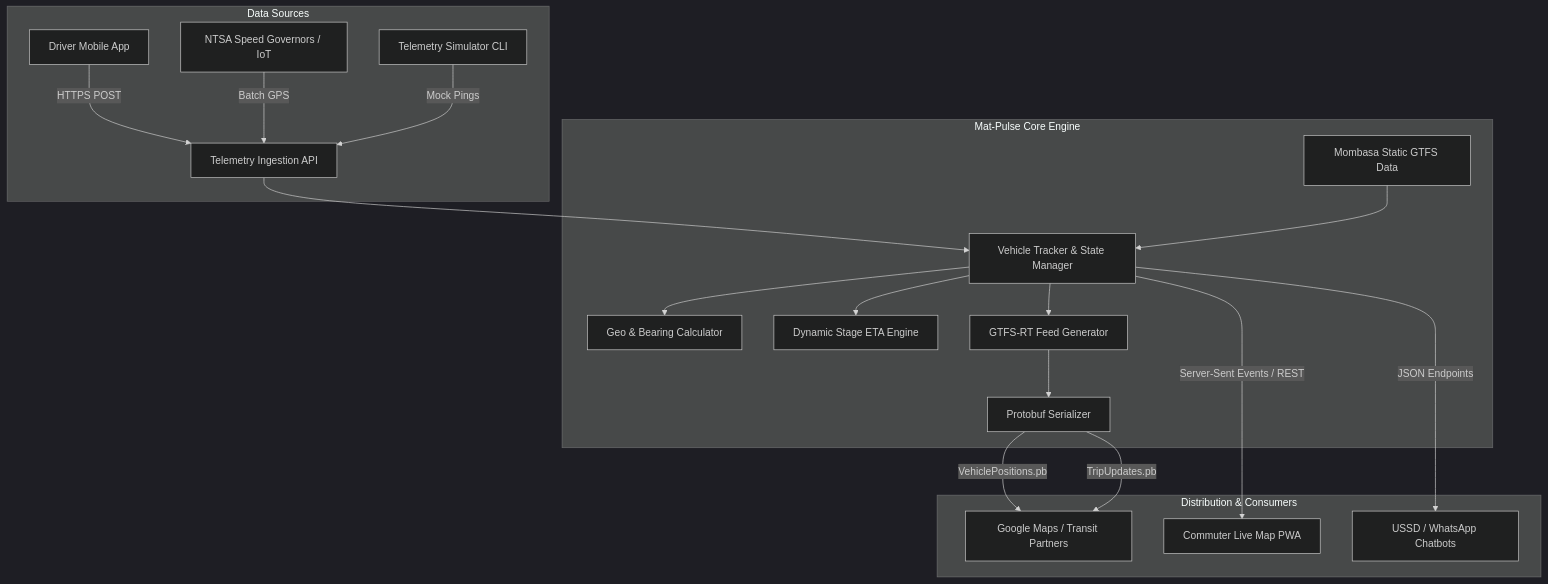
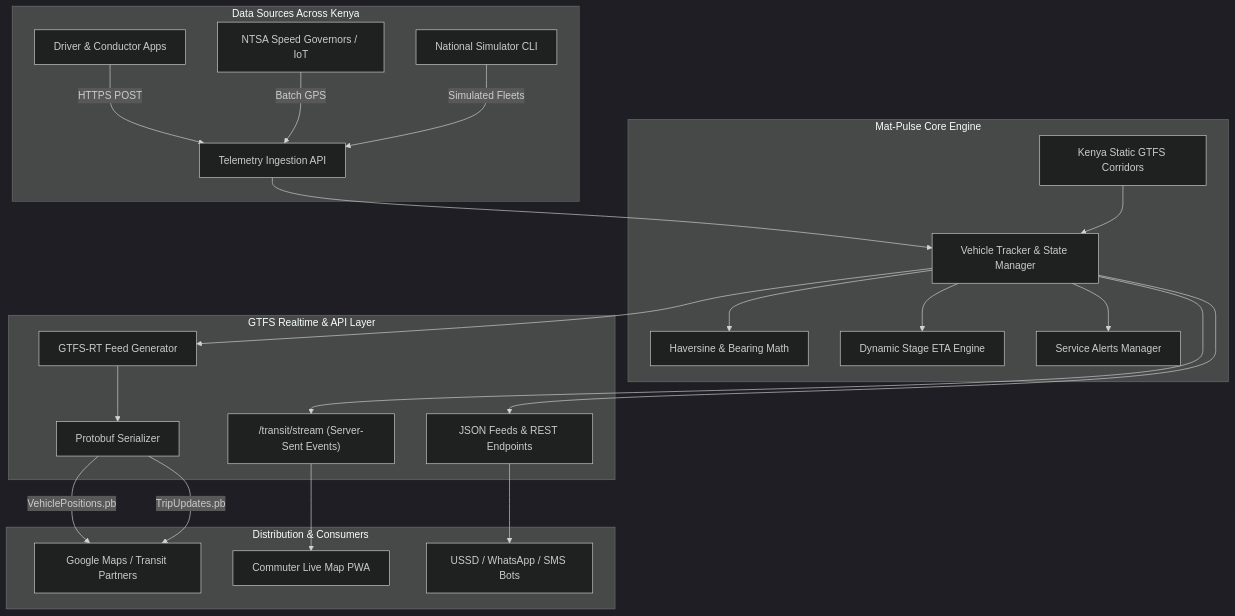
The diagram in README.md (Swahilipot-Hub-Engineering/mat-pulse), drawn with Mermaid (dark theme) before and after one commit. The commit also changed other lines of this file and 19 other files, not shown here.

First line of the commit message:
feat(transit): expand real-time telemetry and GTFS engine across Kenya

````diff
--- a/README.md
+++ b/README.md
@@ -44,25 +46,30 @@
 ```mermaid
 flowchart TD
-    subgraph Data Sources
-        D1[Driver Mobile App] -->|HTTPS POST| Ingest[Telemetry Ingestion API]
+    subgraph Data Sources Across Kenya
+        D1[Driver & Conductor Apps] -->|HTTPS POST| Ingest[Telemetry Ingestion API]
         D2[NTSA Speed Governors / IoT] -->|Batch GPS| Ingest
-        D3[Telemetry Simulator CLI] -->|Mock Pings| Ingest
+        D3[National Simulator CLI] -->|Simulated Fleets| Ingest
     end
 
     subgraph Mat-Pulse Core Engine
         Ingest --> Tracker[Vehicle Tracker & State Manager]
-        StaticGTFS[Mombasa Static GTFS Data] --> Tracker
-        Tracker --> Geo[Geo & Bearing Calculator]
+        StaticGTFS[Kenya Static GTFS Corridors] --> Tracker
+        Tracker --> Geo[Haversine & Bearing Math]
         Tracker --> ETA[Dynamic Stage ETA Engine]
-        
+        Tracker --> Alerts[Service Alerts Manager]
+    end
+
+    subgraph GTFS Realtime & API Layer
         Tracker --> FeedBuilder[GTFS-RT Feed Generator]
         FeedBuilder --> ProtobufEncoder[Protobuf Serializer]
+        Tracker --> SSE_STREAM["/transit/stream (Server-Sent Events)"]
+        Tracker --> JSON_FEEDS["JSON Feeds & REST Endpoints"]
     end
 
     subgraph Distribution & Consumers
         ProtobufEncoder -->|VehiclePositions.pb| GoogleMaps[Google Maps / Transit Partners]
         ProtobufEncoder -->|TripUpdates.pb| GoogleMaps
-        Tracker -->|Server-Sent Events / REST| WebMap[Commuter Live Map PWA]
-        Tracker -->|JSON Endpoints| WhatsApp[USSD / WhatsApp Chatbots]
+        SSE_STREAM --> WebMap[Commuter Live Map PWA]
+        JSON_FEEDS --> WhatsApp[USSD / WhatsApp / SMS Bots]
     end
 ```
````
